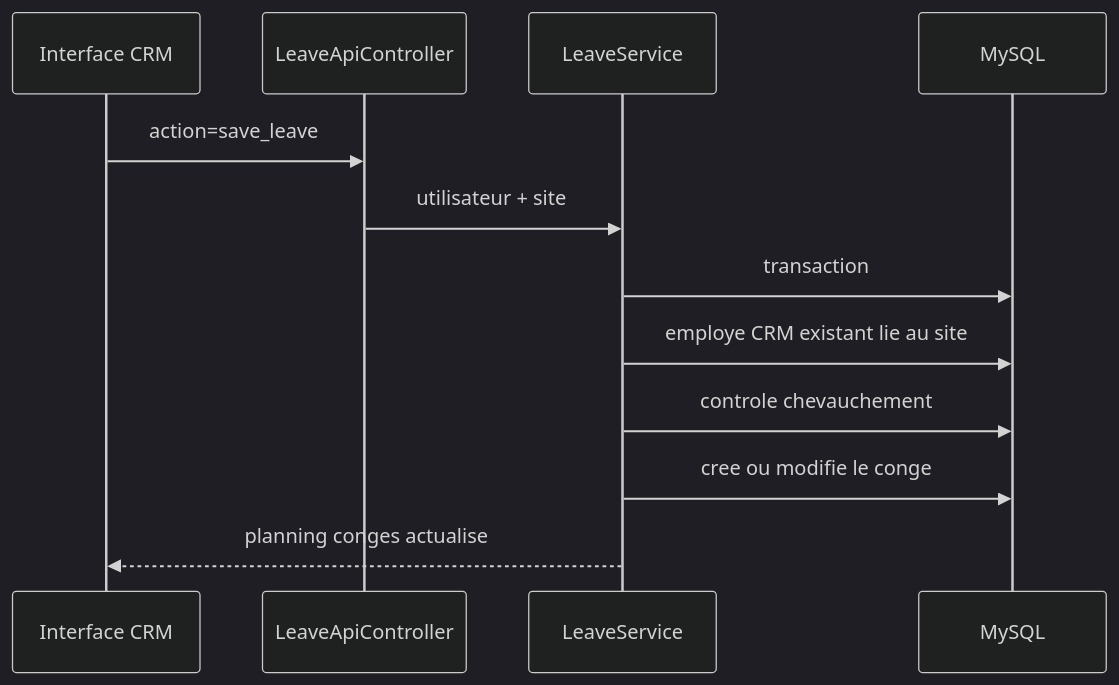
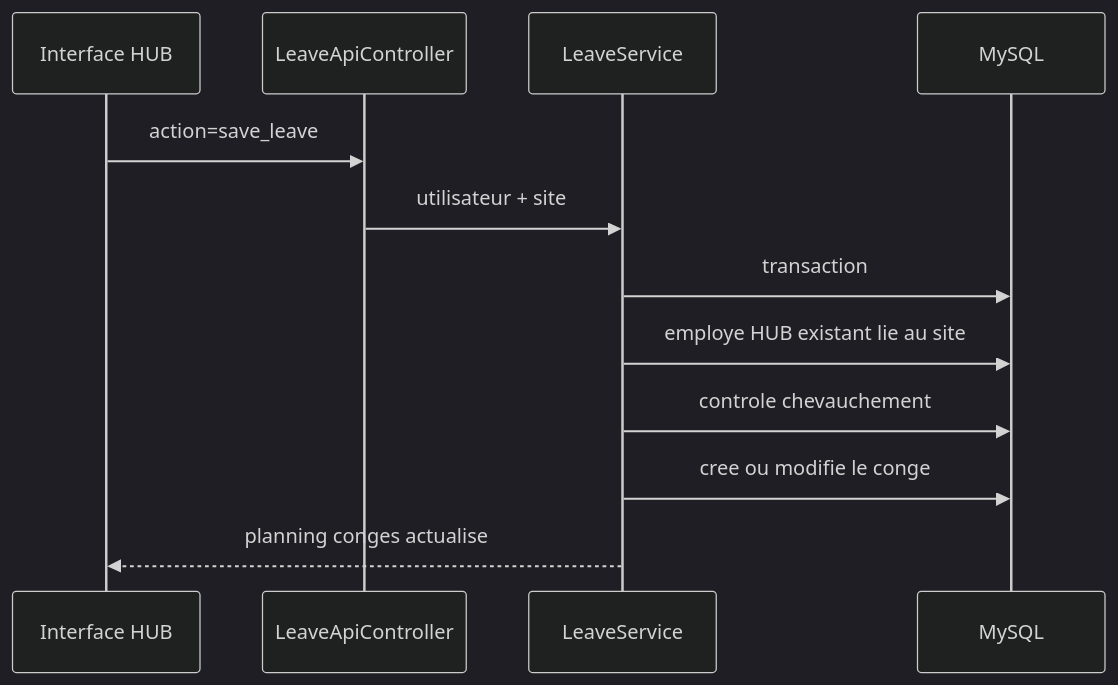
The sixth of 8 diagrams in docs/README.md (jp2creation/hub), drawn with Mermaid (dark theme) before and after one commit. The commit also changed other lines of this file and 111 other files, not shown here.

````diff
--- a/docs/README.md
+++ b/docs/README.md
@@ -184,15 +194,15 @@
 ```mermaid
 sequenceDiagram
-    participant UI as Interface CRM
+    participant UI as Interface HUB
     participant API as LeaveApiController
     participant Service as LeaveService
     participant DB as MySQL
 
     UI->>API: action=save_leave
     API->>Service: utilisateur + site
     Service->>DB: transaction
-    Service->>DB: employe CRM existant lie au site
+    Service->>DB: employe HUB existant lie au site
     Service->>DB: controle chevauchement
     Service->>DB: cree ou modifie le conge
     Service-->>UI: planning conges actualise
 ```
````
